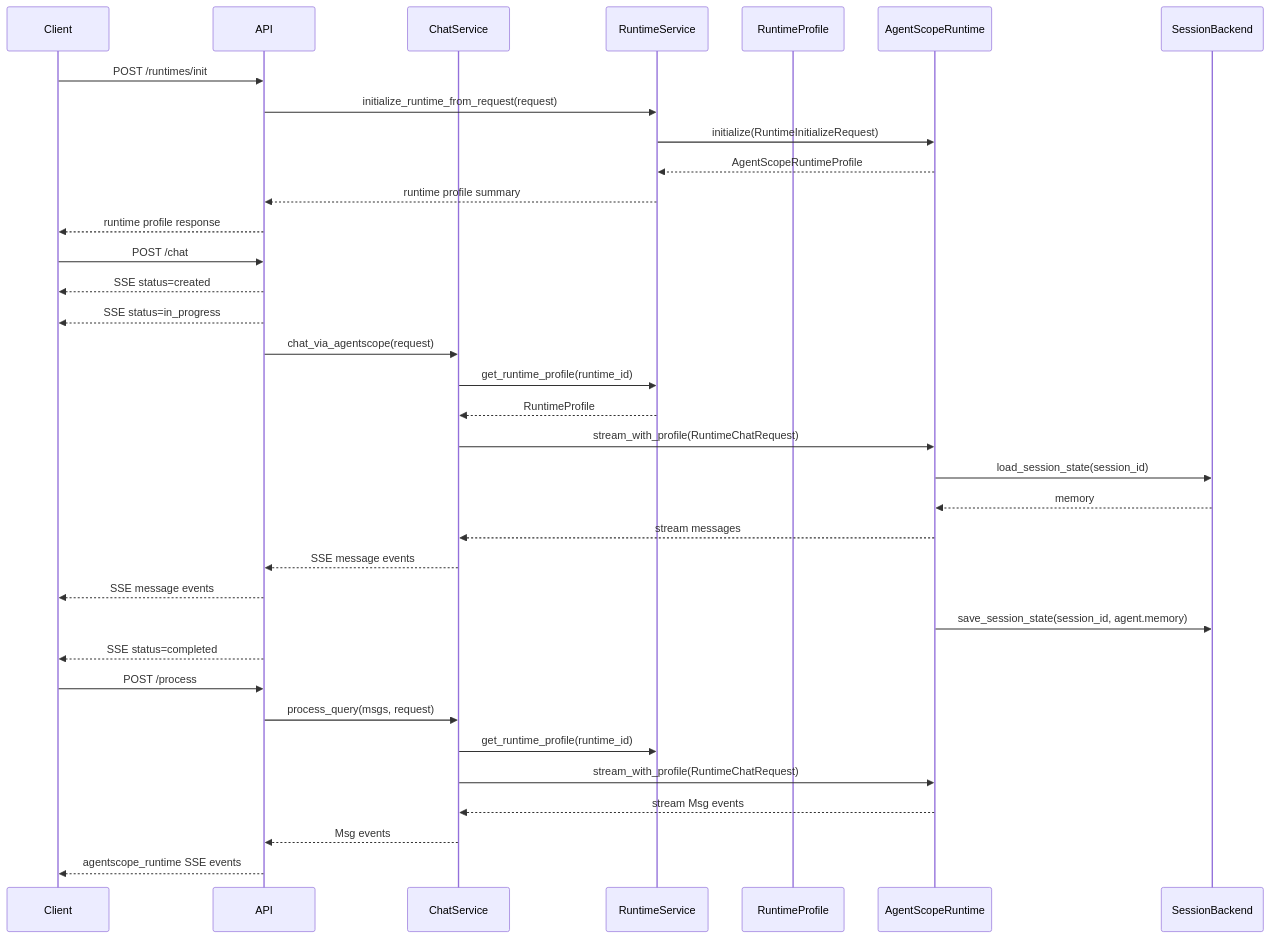
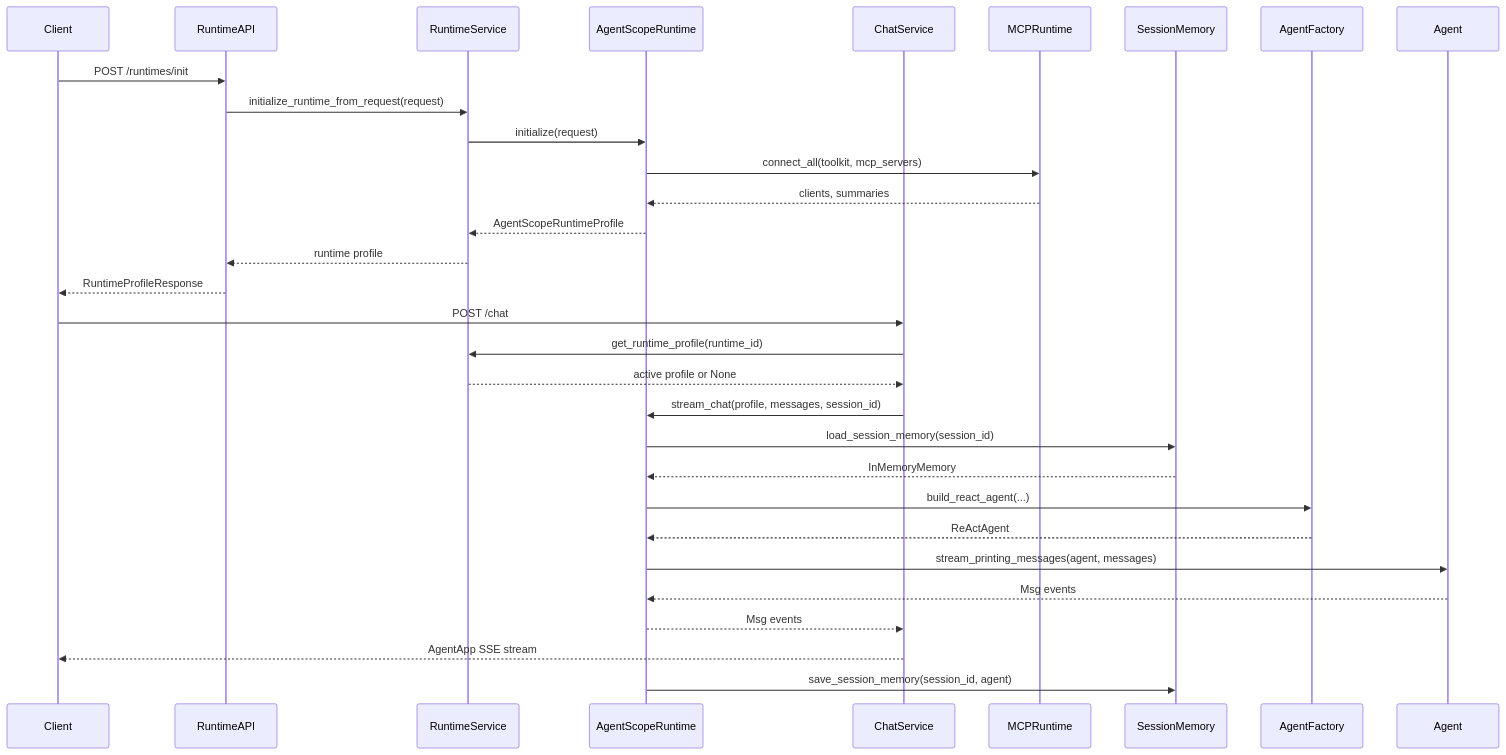
Before and after one commit to mooneclipsed/myagent: the fourth of 4 diagrams in docs/architecture.md, drawn with Mermaid. The commit also changed other lines of this file and 3 other files, not shown here.

Commit message:
docs: align runtime architecture

````diff
--- a/docs/architecture.md
+++ b/docs/architecture.md
@@ -257,40 +266,35 @@
 ```mermaid
 sequenceDiagram
     participant Client
-    participant API
+    participant RuntimeAPI
+    participant RuntimeService
+    participant AgentScopeRuntime
     participant ChatService
-    participant RuntimeService
-    participant RuntimeProfile
-    participant AgentScopeRuntime
-    participant SessionBackend
+    participant MCPRuntime
+    participant SessionMemory
+    participant AgentFactory
+    participant Agent
 
-    Client->>API: POST /runtimes/init
-    API->>RuntimeService: initialize_runtime_from_request(request)
-    RuntimeService->>AgentScopeRuntime: initialize(RuntimeInitializeRequest)
+    Client->>RuntimeAPI: POST /runtimes/init
+    RuntimeAPI->>RuntimeService: initialize_runtime_from_request(request)
+    RuntimeService->>AgentScopeRuntime: initialize(request)
+    AgentScopeRuntime->>MCPRuntime: connect_all(toolkit, mcp_servers)
+    MCPRuntime-->>AgentScopeRuntime: clients, summaries
     AgentScopeRuntime-->>RuntimeService: AgentScopeRuntimeProfile
-    RuntimeService-->>API: runtime profile summary
-    API-->>Client: runtime profile response
+    RuntimeService-->>RuntimeAPI: runtime profile
+    RuntimeAPI-->>Client: RuntimeProfileResponse
 
-    Client->>API: POST /chat
-    API-->>Client: SSE status=created
-    API-->>Client: SSE status=in_progress
-    API->>ChatService: chat_via_agentscope(request)
+    Client->>ChatService: POST /chat
     ChatService->>RuntimeService: get_runtime_profile(runtime_id)
-    RuntimeService-->>ChatService: RuntimeProfile
-    ChatService->>AgentScopeRuntime: stream_with_profile(RuntimeChatRequest)
-    AgentScopeRuntime->>SessionBackend: load_session_state(session_id)
-    SessionBackend-->>AgentScopeRuntime: memory
-    AgentScopeRuntime-->>ChatService: stream messages
-    ChatService-->>API: SSE message events
-    API-->>Client: SSE message events
-    AgentScopeRuntime->>SessionBackend: save_session_state(session_id, agent.memory)
-    API-->>Client: SSE status=completed
-
-    Client->>API: POST /process
-    API->>ChatService: process_query(msgs, request)
-    ChatService->>RuntimeService: get_runtime_profile(runtime_id)
-    ChatService->>AgentScopeRuntime: stream_with_profile(RuntimeChatRequest)
-    AgentScopeRuntime-->>ChatService: stream Msg events
-    ChatService-->>API: Msg events
-    API-->>Client: agentscope_runtime SSE events
+    RuntimeService-->>ChatService: active profile or None
+    ChatService->>AgentScopeRuntime: stream_chat(profile, messages, session_id)
+    AgentScopeRuntime->>SessionMemory: load_session_memory(session_id)
+    SessionMemory-->>AgentScopeRuntime: InMemoryMemory
+    AgentScopeRuntime->>AgentFactory: build_react_agent(...)
+    AgentFactory-->>AgentScopeRuntime: ReActAgent
+    AgentScopeRuntime->>Agent: stream_printing_messages(agent, messages)
+    Agent-->>AgentScopeRuntime: Msg events
+    AgentScopeRuntime-->>ChatService: Msg events
+    ChatService-->>Client: AgentApp SSE stream
+    AgentScopeRuntime->>SessionMemory: save_session_memory(session_id, agent)
 ```
````
